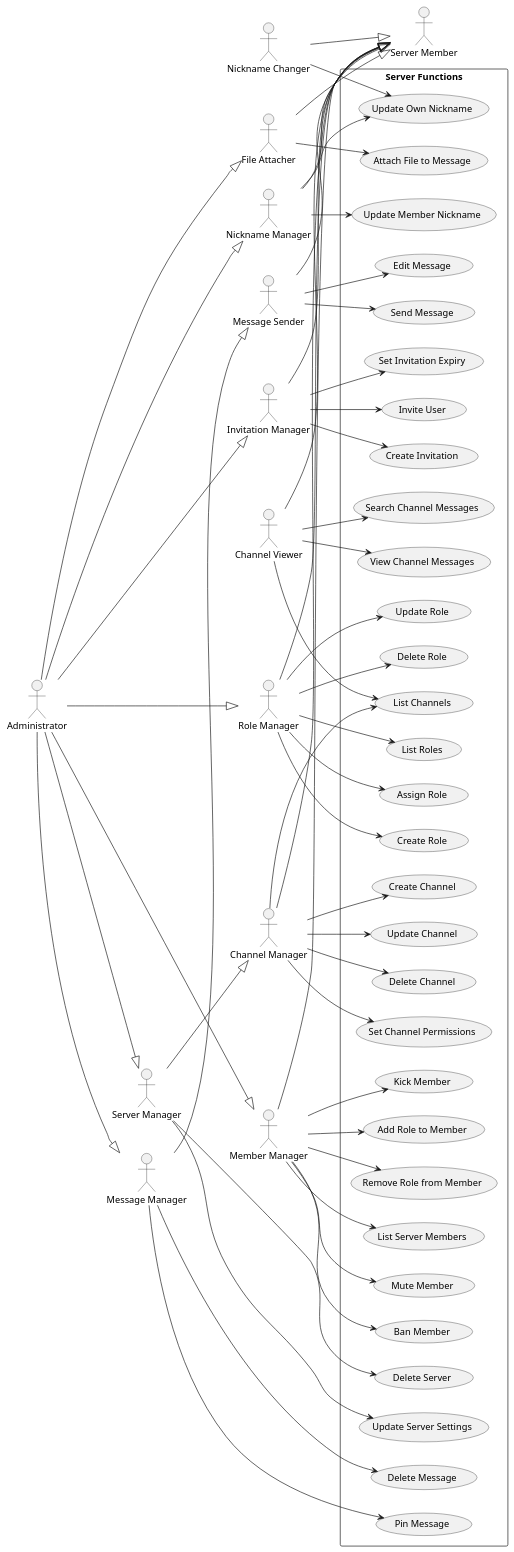
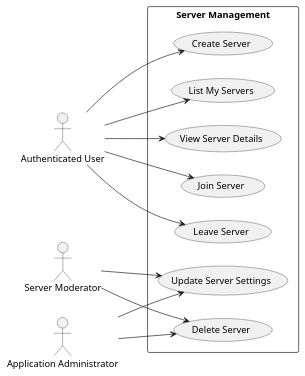
The seventh of 12 diagrams in use-case-diagrams.adoc (hugoponthieu/tad-beep-microservices), drawn with PlantUML before and after one commit. The commit also changed other lines of this file and 24 other files, not shown here.

```diff
--- a/use-case-diagrams.adoc
+++ b/use-case-diagrams.adoc
@@ -188,113 +221,28 @@
 ....
 @startuml
 left to right direction
-actor "Server Member" as Member
-actor "Invitation Manager" as InvMgr
-actor "Member Manager" as MemMgr
-actor "Role Manager" as RoleMgr
-actor "Nickname Manager" as NickMgr
-actor "Nickname Changer" as NickChg
-actor "Channel Manager" as ChanMgr
-actor "Channel Viewer" as ChanView
-actor "Message Sender" as MsgSend
-actor "Message Manager" as MsgMgr
-actor "File Attacher" as FileAtt
-actor "Server Manager" as SrvMgr
-actor "Administrator" as Admin
+actor "Authenticated User" as User
+actor "Server Moderator" as ServerMod
+actor "Application Administrator" as Admin
 
-InvMgr --|> Member
-MemMgr --|> Member
-RoleMgr --|> Member
-NickMgr --|> Member
-NickChg --|> Member
-ChanMgr --|> Member
-ChanView --|> Member
-MsgSend --|> Member
-MsgMgr --|> MsgSend
-FileAtt --|> Member
-SrvMgr --|> ChanMgr
-Admin --|> SrvMgr
-Admin --|> RoleMgr
-Admin --|> MemMgr
-Admin --|> InvMgr
-Admin --|> NickMgr
-Admin --|> MsgMgr
-Admin --|> FileAtt
-
-rectangle "Server Functions" {
-  usecase "Invite User" as UC1
-  usecase "Create Invitation" as UC2
-  usecase "Set Invitation Expiry" as UC3
-  usecase "Add Role to Member" as UC4
-  usecase "Remove Role from Member" as UC5
-  usecase "List Server Members" as UC6
-  usecase "Mute Member" as UC7
-  usecase "Ban Member" as UC8
-  usecase "Kick Member" as UC9
-  usecase "Create Role" as UC10
-  usecase "Update Role" as UC11
-  usecase "Delete Role" as UC12
-  usecase "List Roles" as UC13
-  usecase "Assign Role" as UC14
-  usecase "Update Member Nickname" as UC15
-  usecase "Update Own Nickname" as UC16
-  usecase "Create Channel" as UC17
-  usecase "Update Channel" as UC18
-  usecase "Delete Channel" as UC19
-  usecase "List Channels" as UC20
-  usecase "Set Channel Permissions" as UC21
-  usecase "View Channel Messages" as UC22
-  usecase "Search Channel Messages" as UC23
-  usecase "Send Message" as UC24
-  usecase "Edit Message" as UC25
-  usecase "Delete Message" as UC26
-  usecase "Pin Message" as UC27
-  usecase "Attach File to Message" as UC28
-  usecase "Update Server Settings" as UC29
-  usecase "Delete Server" as UC30
+rectangle "Server Management" {
+  usecase "Create Server" as UC1
+  usecase "Delete Server" as UC2
+  usecase "Update Server Settings" as UC3
+  usecase "List My Servers" as UC4
+  usecase "View Server Details" as UC5
+  usecase "Join Server" as UC6
+  usecase "Leave Server" as UC7
 }
 
-InvMgr --> UC1
-InvMgr --> UC2
-InvMgr --> UC3
-
-MemMgr --> UC4
-MemMgr --> UC5
-MemMgr --> UC6
-MemMgr --> UC7
-MemMgr --> UC8
-MemMgr --> UC9
-
-RoleMgr --> UC10
-RoleMgr --> UC11
-RoleMgr --> UC12
-RoleMgr --> UC13
-RoleMgr --> UC14
-
-NickMgr --> UC15
-NickMgr --> UC16
-
-NickChg --> UC16
-
-ChanMgr --> UC17
-ChanMgr --> UC18
-ChanMgr --> UC19
-ChanMgr --> UC20
-ChanMgr --> UC21
-
-ChanView --> UC20
-ChanView --> UC22
-ChanView --> UC23
-
-MsgSend --> UC24
-MsgSend --> UC25
-
-MsgMgr --> UC26
-MsgMgr --> UC27
-
-FileAtt --> UC28
-
-SrvMgr --> UC29
-SrvMgr --> UC30
+User --> UC1
+User --> UC4
+User --> UC5
+User --> UC6
+User --> UC7
+ServerMod --> UC2
+ServerMod --> UC3
+Admin --> UC2
+Admin --> UC3
 @enduml
 ....
```
